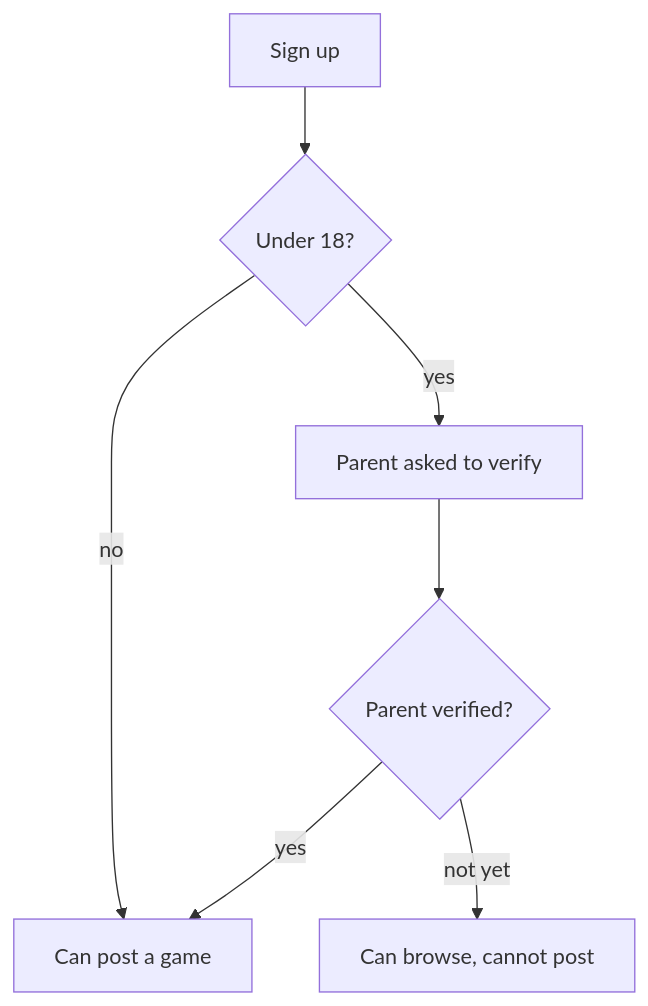
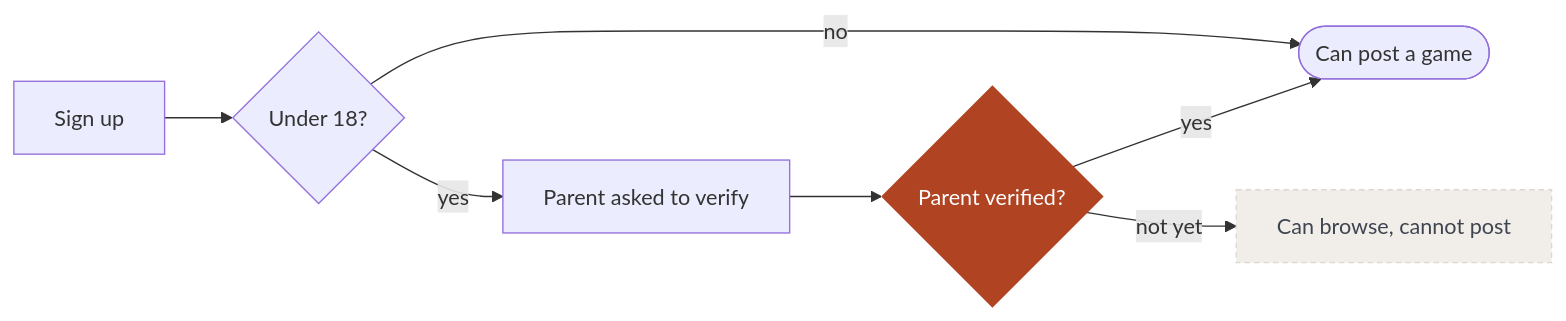
One commit to hbarsky00/barsky-design-canvas changed the diagram in docs/diagrams/catchbuddy/minor-gate.mmd. Above: the diagram before and after it, drawn with Mermaid. The commit also changed 53 other files, not shown here.

First line of the commit message:
Redraw every diagram so they read at 1:1 and stop looking like one template

```diff
--- a/docs/diagrams/catchbuddy/minor-gate.mmd
+++ b/docs/diagrams/catchbuddy/minor-gate.mmd
@@ -1,7 +1,12 @@
-flowchart TB
+flowchart LR
+  classDef old fill:#F1EEE9,stroke:#DED7CF,color:#3F4550,stroke-dasharray:4 3
+  classDef gate fill:#B04321,stroke:#B04321,color:#FFFFFF
+  classDef out fill:#FBFAF8,stroke:#DED7CF,color:#3F4550,stroke-dasharray:4 3
+  classDef ai fill:#FFFFFF,stroke:#3F4550,color:#231E1A
   a[Sign up] --> b{Under 18?}
-  b -->|no| p[Can post a game]
-  b -->|yes| c[Parent asked to verify]
-  c --> d{Parent verified?}
+  b -->|no| p([Can post a game])
+  b -->|yes| c[Parent asked to verify] --> d{Parent verified?}
   d -->|yes| p
   d -->|not yet| w[Can browse, cannot post]
+  class d gate
+  class w old
```
